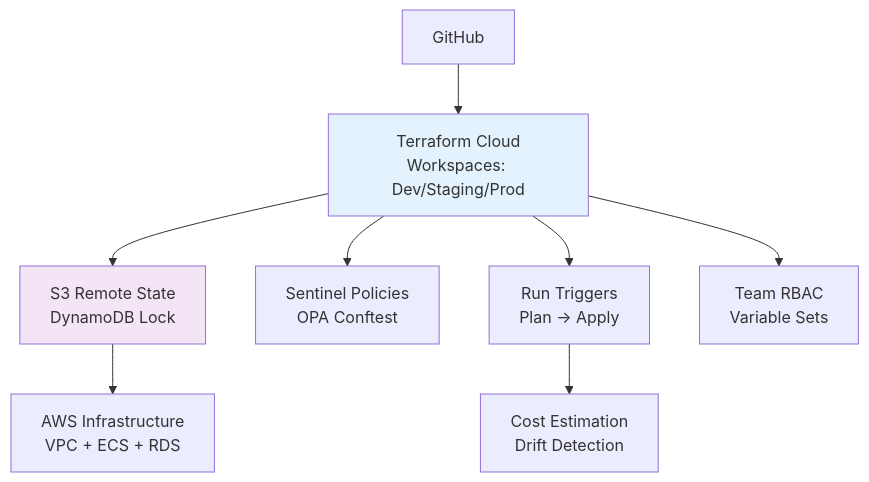
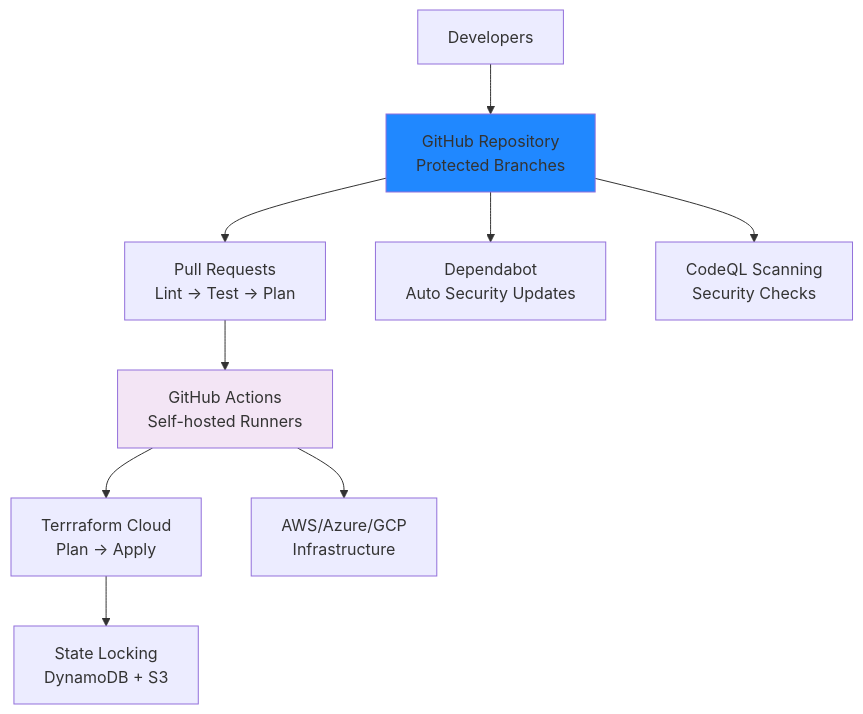
One commit to Chinthaparthy-UmasankarReddy/Terraform-30-projects changed the diagram in intermediate/16-github-repo-with-actions/README.md. Above: the diagram before and after it, drawn with Mermaid. The commit also changed other lines of this file, not shown here.

````diff
--- a/intermediate/16-github-repo-with-actions/README.md
+++ b/intermediate/16-github-repo-with-actions/README.md
@@ -50,13 +51,14 @@
 ```mermaid
 graph TB
-    A[GitHub] --> B[Terraform Cloud<br/>Workspaces: Dev/Staging/Prod]
-    B --> C[S3 Remote State<br/>DynamoDB Lock]
-    B --> D[Sentinel Policies<br/>OPA Conftest]
-    B --> E[Run Triggers<br/>Plan → Apply]
-    C --> F[AWS Infrastructure<br/>VPC + ECS + RDS]
-    E --> G[Cost Estimation<br/>Drift Detection]
-    B --> H[Team RBAC<br/>Variable Sets]
+    A[Developers] --> B[GitHub Repository<br/>Protected Branches]
+    B --> C[Pull Requests<br/>Lint → Test → Plan]
+    C --> D[GitHub Actions<br/>Self-hosted Runners]
+    D --> E[Terrraform Cloud<br/>Plan → Apply]
+    D --> F[AWS/Azure/GCP<br/>Infrastructure]
+    B --> G[Dependabot<br/>Auto Security Updates]
+    B --> H[CodeQL Scanning<br/>Security Checks]
+    E --> I[State Locking<br/>DynamoDB + S3]
     
-    style B fill:#e3f2fd
-    style C fill:#f3e5f5
+    style B fill:#2088FF
+    style D fill:#f3e5f5
 ```
````
